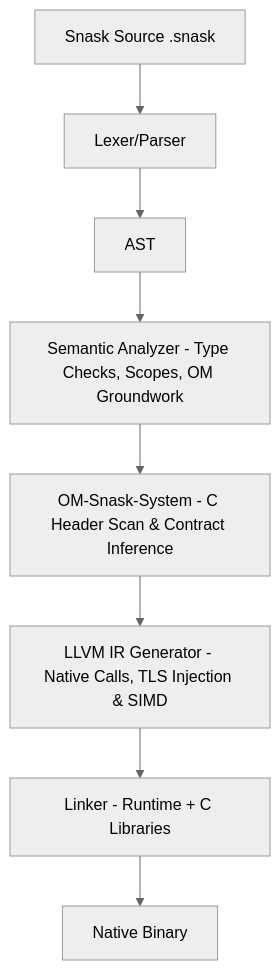
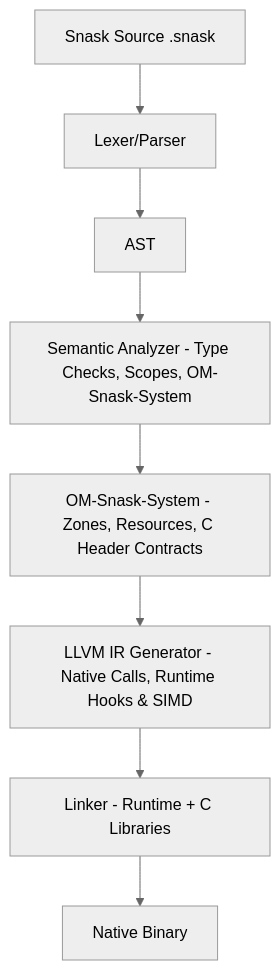
Before and after one commit to rancidavi-dotcom/TheSnask: the diagram in docs/ARCHITECTURE.md, drawn with Mermaid (neutral theme). The commit also changed other lines of this file and 23 other files, not shown here.

````diff
--- a/docs/ARCHITECTURE.md
+++ b/docs/ARCHITECTURE.md
@@ -17,10 +17,10 @@
 ```mermaid
 graph TD
     A[Snask Source .snask] --> B[Lexer/Parser]
     B --> C[AST]
-    C --> D[Semantic Analyzer - Type Checks, Scopes, OM Groundwork]
-    D --> OM[OM-Snask-System - C Header Scan & Contract Inference]
-    OM --> E[LLVM IR Generator - Native Calls, TLS Injection & SIMD]
+    C --> D[Semantic Analyzer - Type Checks, Scopes, OM-Snask-System]
+    D --> OM[OM-Snask-System - Zones, Resources, C Header Contracts]
+    OM --> E[LLVM IR Generator - Native Calls, Runtime Hooks & SIMD]
     E --> F[Linker - Runtime + C Libraries]
     F --> G[Native Binary]
 ```
````
